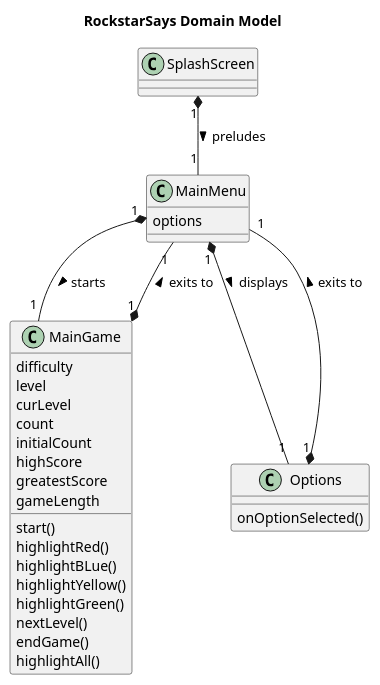
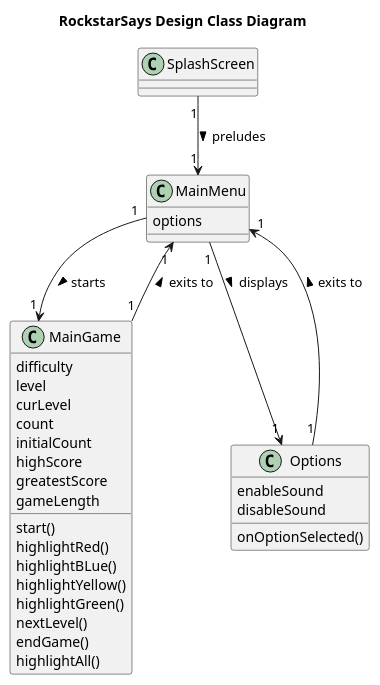
One commit to Schopperkyle/RockstarSays changed the diagram in app/UML/DesignClassDiagram.puml. Above: the diagram before and after it, drawn with PlantUML. The commit also changed 2 other files, not shown here.

```diff
--- a/app/UML/DesignClassDiagram.puml
+++ b/app/UML/DesignClassDiagram.puml
@@ -1,40 +1,42 @@
 @startuml
 
-title RockstarSays Domain Model
+title RockstarSays Design Class Diagram
 
 
 class SplashScreen {
 
 }
 class MainGame {
 difficulty
 level
 curLevel
 count
 initialCount
 highScore
 greatestScore
 gameLength
 start()
 highlightRed()
 highlightBLue()
 highlightYellow()
 highlightGreen()
 nextLevel()
 endGame()
 highlightAll()
 }
 class MainMenu {
 options
 }
 class Options {
+enableSound
+disableSound
 onOptionSelected()
 }
 
-SplashScreen "1" *-- "1" MainMenu : preludes >
-MainMenu "1" *-- "1" MainGame : starts >
-MainMenu "1" *-- "1" Options : displays >
-MainGame "1" *-- "1" MainMenu : exits to >
-Options "1" *-- "1" MainMenu : exits to >
+SplashScreen "1" --> "1" MainMenu : preludes >
+MainMenu "1" --> "1" MainGame : starts >
+MainMenu "1" --> "1" Options : displays >
+MainGame "1" --> "1" MainMenu : exits to >
+Options "1" --> "1" MainMenu : exits to >
 
 @enduml
```
